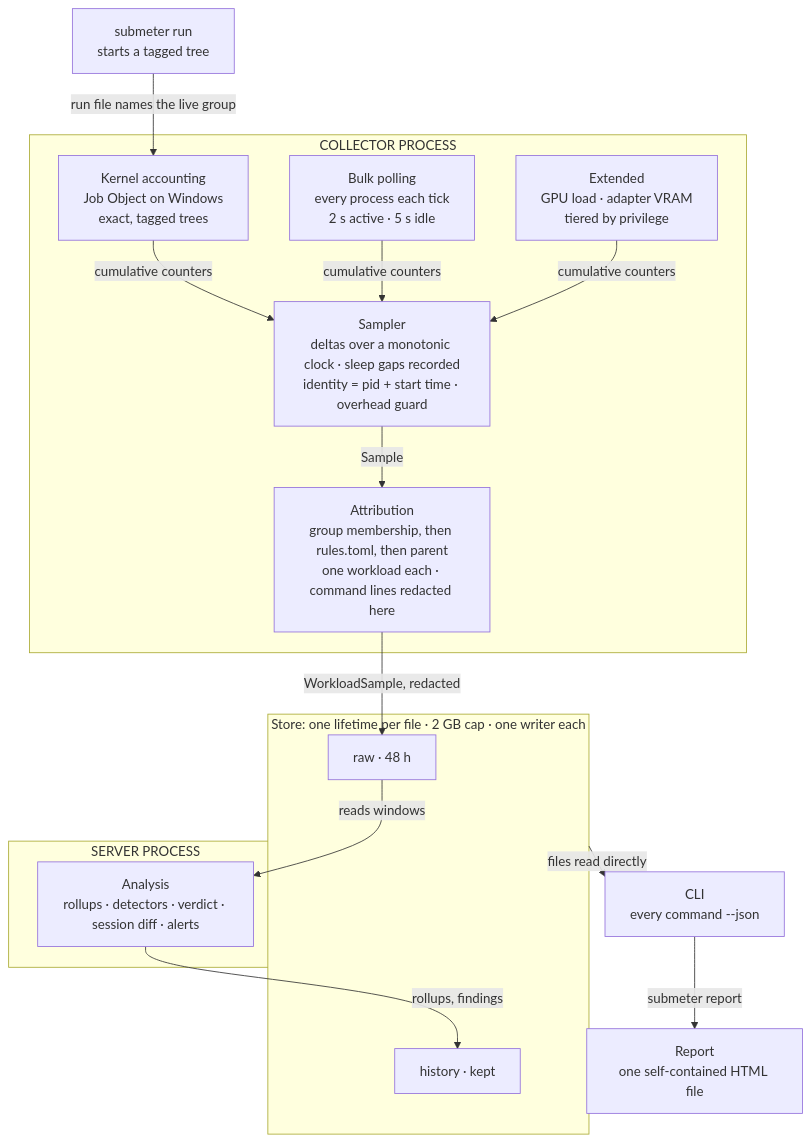
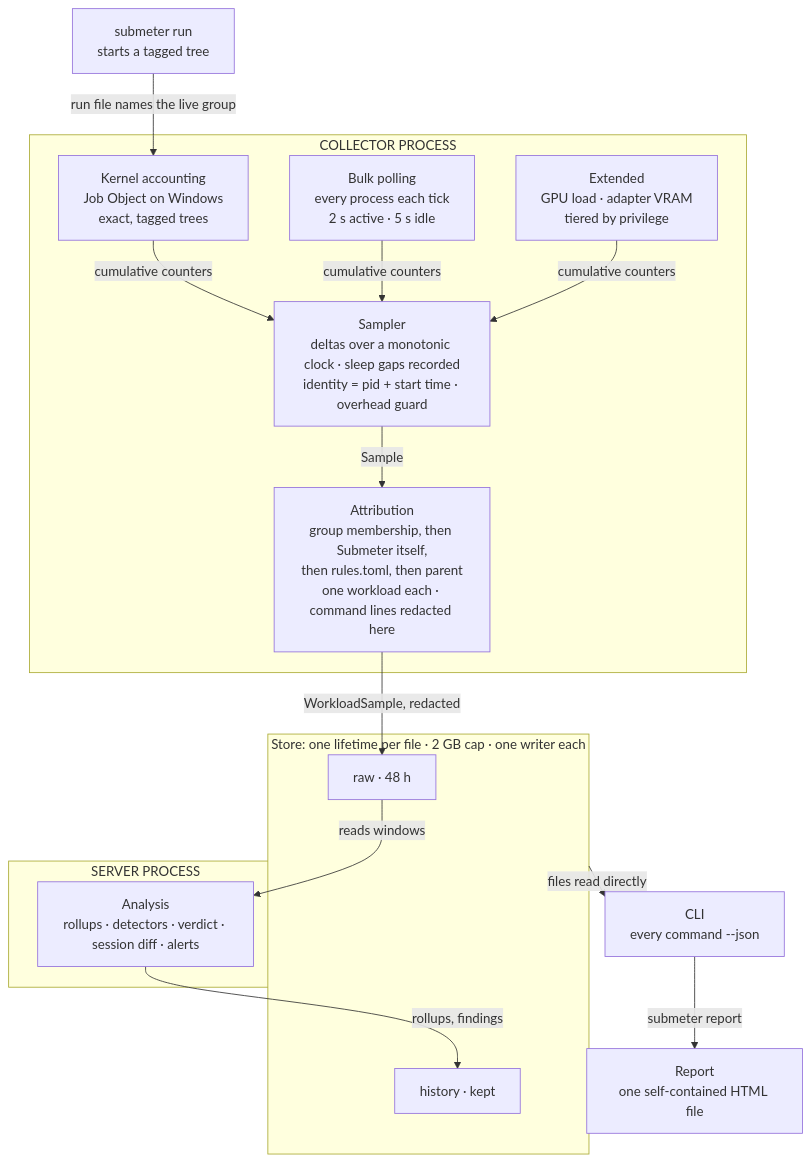
Before and after one commit to therealestmatthew/submeter-pc-monitor: the diagram in docs/05-data-flow.md, drawn with Mermaid. The commit also changed other lines of this file and 1 other file, not shown here.

Commit message:
R116: Split the Restricted limit by system; Submeter itself in docs/05
docs/17's Restricted known limit, copied from docs/10, said other users'
command lines cannot be read. R77 (decision a) corrects that for Linux, so
the line now says it by system: on Windows command lines and USS cannot be
read; on Linux command lines can be read but Submeter keeps only the name,
and I/O, USS, working folder and executable path cannot be read. D4's R77
writes the same into docs/10 and docs/02. docs/05 step 4 and the diagram's
attribution node now give Submeter itself after group membership, as
docs/14, docs/17 and rules.py do.

Claude-Session: https://claude.ai/code/session_016eHRmSAhDe94BbKKvwtnaE

````diff
--- a/docs/05-data-flow.md
+++ b/docs/05-data-flow.md
@@ -7,30 +7,30 @@
 ```mermaid
 flowchart TD
     run["submeter run<br/>starts a tagged tree"]
     subgraph collector["COLLECTOR PROCESS"]
         ka["Kernel accounting<br/>Job Object on Windows<br/>exact, tagged trees"]
         bp["Bulk polling<br/>every process each tick<br/>2 s active · 5 s idle"]
         ex["Extended<br/>GPU load · adapter VRAM<br/>tiered by privilege"]
         sampler["Sampler<br/>deltas over a monotonic clock · sleep gaps recorded<br/>identity = pid + start time · overhead guard"]
-        attribution["Attribution<br/>group membership, then rules.toml, then parent<br/>one workload each · command lines redacted here"]
+        attribution["Attribution<br/>group membership, then Submeter itself,<br/>then rules.toml, then parent<br/>one workload each · command lines redacted here"]
     end
     subgraph store["Store: one lifetime per file · 2 GB cap · one writer each"]
         raw["raw · 48 h"]
         history["history · kept"]
     end
     subgraph server["SERVER PROCESS"]
         analysis["Analysis<br/>rollups · detectors · verdict · session diff · alerts"]
     end
     cli["CLI<br/>every command --json"]
     report["Report<br/>one self-contained HTML file"]
     run -->|run file names the live group| ka
     ka -->|cumulative counters| sampler
     bp -->|cumulative counters| sampler
     ex -->|cumulative counters| sampler
     sampler -->|Sample| attribution
     attribution -->|WorkloadSample, redacted| raw
     raw -->|reads windows| analysis
     analysis -->|rollups, findings| history
     store -->|files read directly| cli
     cli -->|submeter report| report
 ```
````
